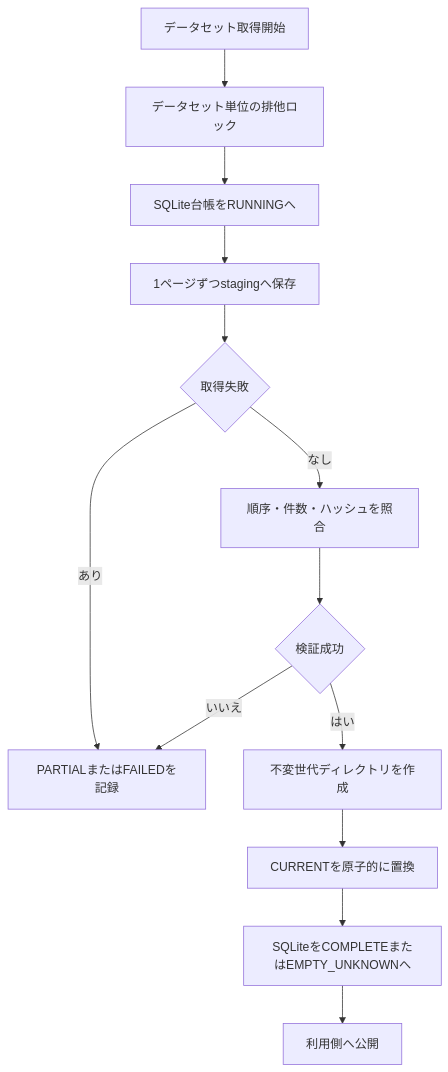
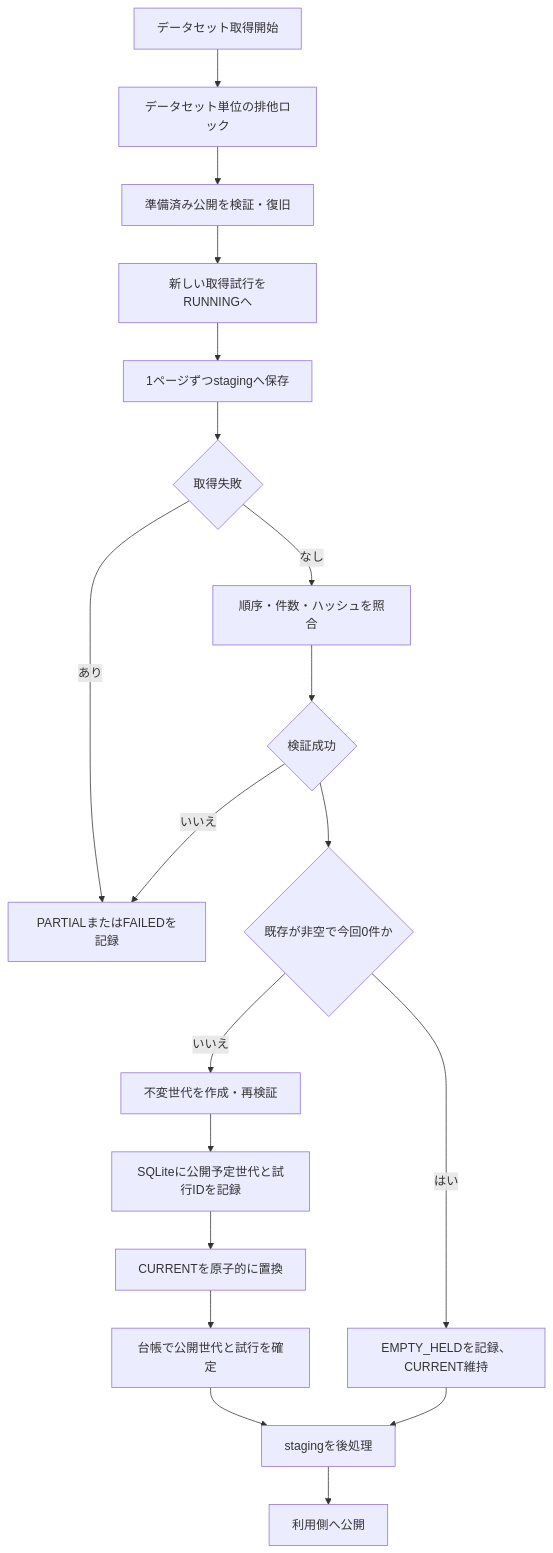
One commit to kiyoto-aizu/trade-engine changed the first of 2 diagrams in docs/detail_design/16-jquants-raw-ledger.md. Above: the diagram before and after it, drawn with Mermaid. The commit also changed other lines of this file and 2 other files, not shown here.

````diff
--- a/docs/detail_design/16-jquants-raw-ledger.md
+++ b/docs/detail_design/16-jquants-raw-ledger.md
@@ -17,15 +17,21 @@
 ```mermaid
 flowchart TD
     Start[データセット取得開始] --> Lock[データセット単位の排他ロック]
-    Lock --> Claim[SQLite台帳をRUNNINGへ]
+    Lock --> Recover[準備済み公開を検証・復旧]
+    Recover --> Claim[新しい取得試行をRUNNINGへ]
     Claim --> Fetch[1ページずつstagingへ保存]
     Fetch --> Fail{取得失敗}
     Fail -->|あり| Partial[PARTIALまたはFAILEDを記録]
     Fail -->|なし| Validate[順序・件数・ハッシュを照合]
     Validate --> Valid{検証成功}
     Valid -->|いいえ| Partial
-    Valid -->|はい| Generation[不変世代ディレクトリを作成]
-    Generation --> Pointer[CURRENTを原子的に置換]
-    Pointer --> Ledger[SQLiteをCOMPLETEまたはEMPTY_UNKNOWNへ]
-    Ledger --> End[利用側へ公開]
+    Valid --> Empty{既存が非空で今回0件か}
+    Empty -->|はい| Held[EMPTY_HELDを記録、CURRENT維持]
+    Empty -->|いいえ| Generation[不変世代を作成・再検証]
+    Generation --> Prepare[SQLiteに公開予定世代と試行IDを記録]
+    Prepare --> Pointer[CURRENTを原子的に置換]
+    Pointer --> Ledger[台帳で公開世代と試行を確定]
+    Ledger --> Cleanup[stagingを後処理]
+    Held --> Cleanup
+    Cleanup --> End[利用側へ公開]
 ```
````
